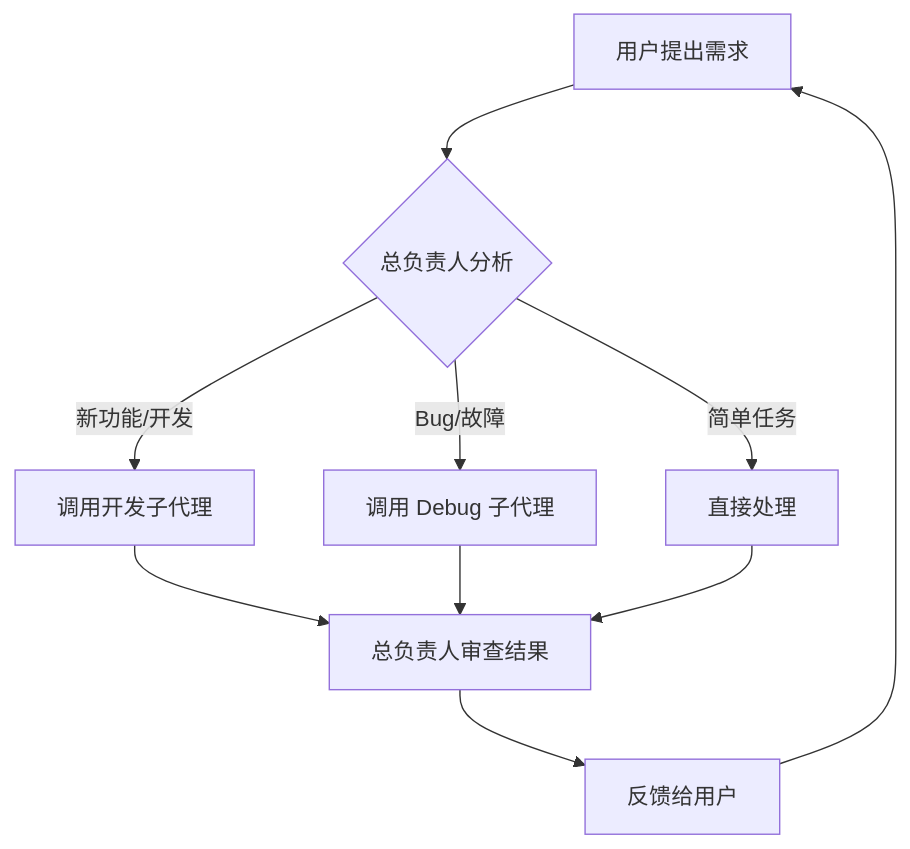
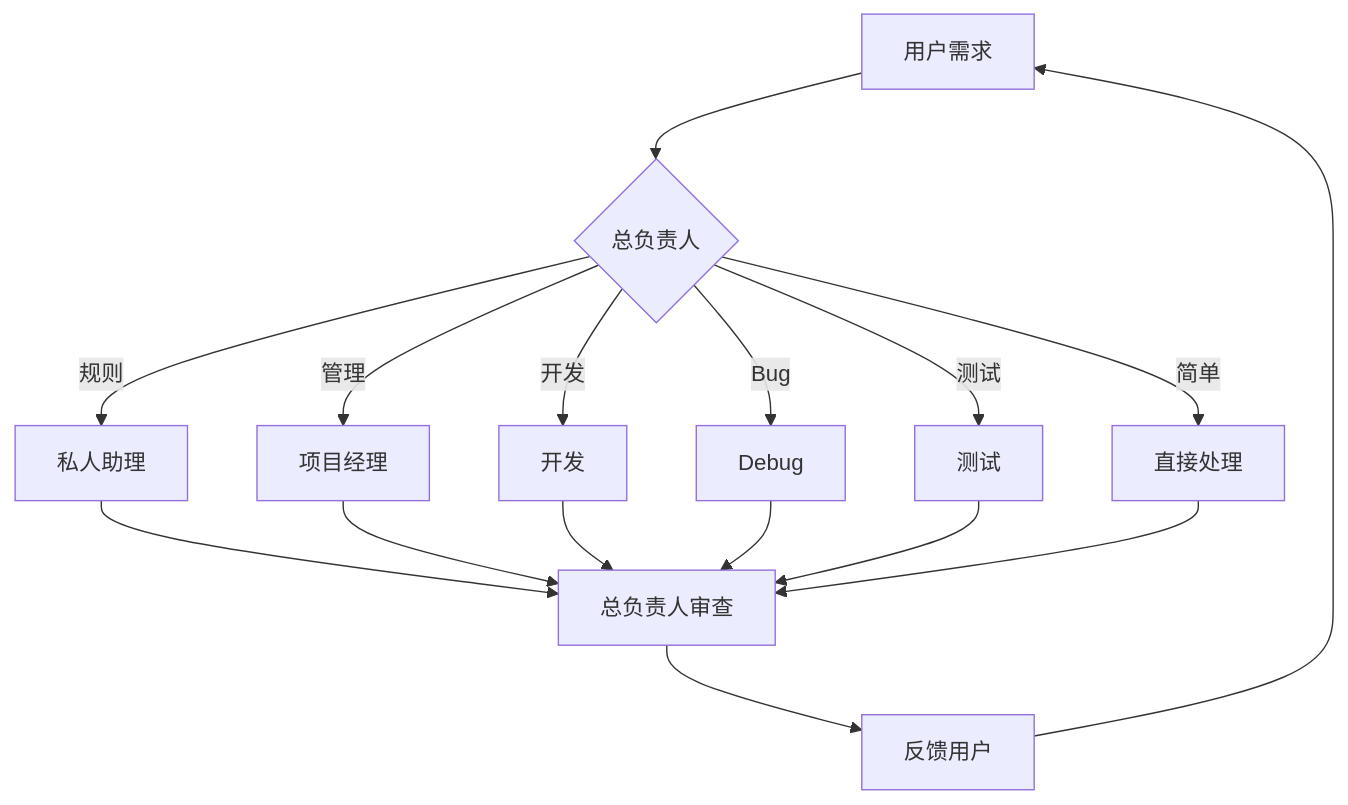
One commit to caterchy/- changed the diagram in CLAUDE.md. Above: the diagram before and after it, drawn with Mermaid. The commit also changed other lines of this file and 58 other files, not shown here.

````diff
--- a/CLAUDE.md
+++ b/CLAUDE.md
@@ -32,12 +14,11 @@
 ```mermaid
 flowchart TD
-    A[用户提出需求] --> B{总负责人分析}
-    B -->|新功能/开发| C[调用开发子代理]
-    B -->|Bug/故障| D[调用 Debug 子代理]
-    B -->|简单任务| E[直接处理]
-    C --> F[总负责人审查结果]
-    D --> F
-    E --> F
-    F --> G[反馈给用户]
-    G --> A
+    A[用户需求] --> B{总负责人}
+    B -->|规则| PA[私人助理]
+    B -->|管理| PM[项目经理]
+    B -->|开发| C[开发]
+    B -->|Bug| D[Debug]
+    B -->|测试| E[测试]
+    B -->|简单| F[直接处理]
+    PA & PM & C & D & E & F --> G[总负责人审查] --> H[反馈用户] --> A
 ```
````
